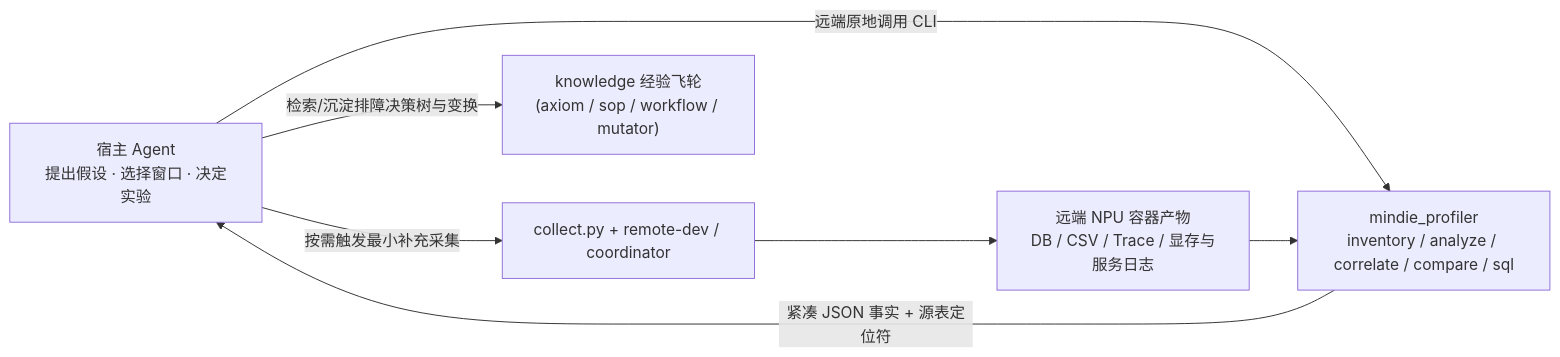
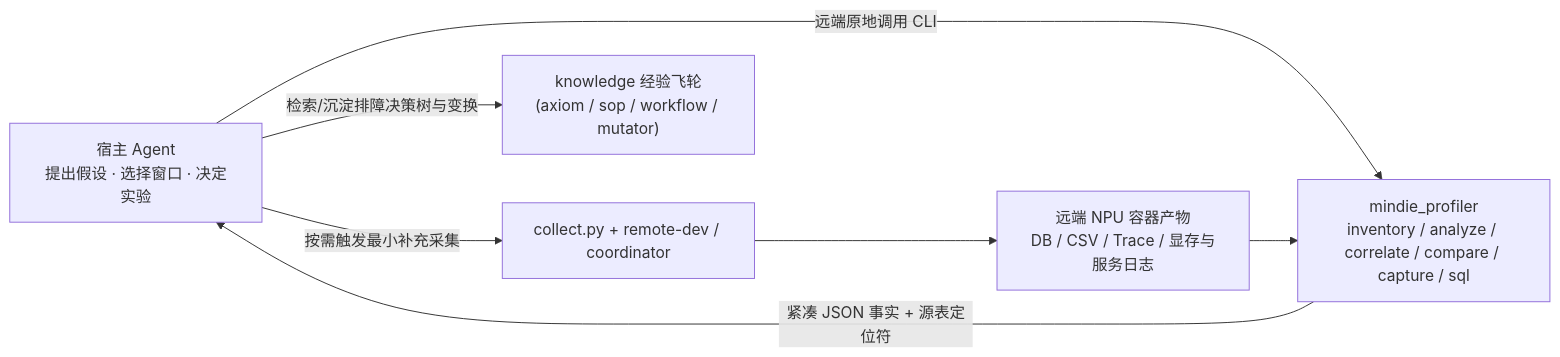
The first of 2 diagrams in docs/profiler-system.md (mindie-agent/mindie-agent), drawn with Mermaid before and after one commit. The commit also changed other lines of this file and 49 other files, not shown here.

````diff
--- a/docs/profiler-system.md
+++ b/docs/profiler-system.md
@@ -36,9 +36,9 @@
 ```mermaid
 flowchart LR
-    A["宿主 Agent<br/>提出假设 · 选择窗口 · 决定实验"] -->|"远端原地调用 CLI"| P["mindie_profiler<br/>inventory / analyze / correlate / compare / sql"]
+    A["宿主 Agent<br/>提出假设 · 选择窗口 · 决定实验"] -->|"远端原地调用 CLI"| P["mindie_profiler<br/>inventory / analyze / correlate / compare / capture / sql"]
     D["远端 NPU 容器产物<br/>DB / CSV / Trace / 显存与服务日志"] --> P
     P -->|"紧凑 JSON 事实 + 源表定位符"| A
     A -->|"按需触发最小补充采集"| C["collect.py + remote-dev / coordinator"]
     C --> D
     A -->|"检索/沉淀排障决策树与变换"| K["knowledge 经验飞轮<br/>(axiom / sop / workflow / mutator)"]
 ```
````
